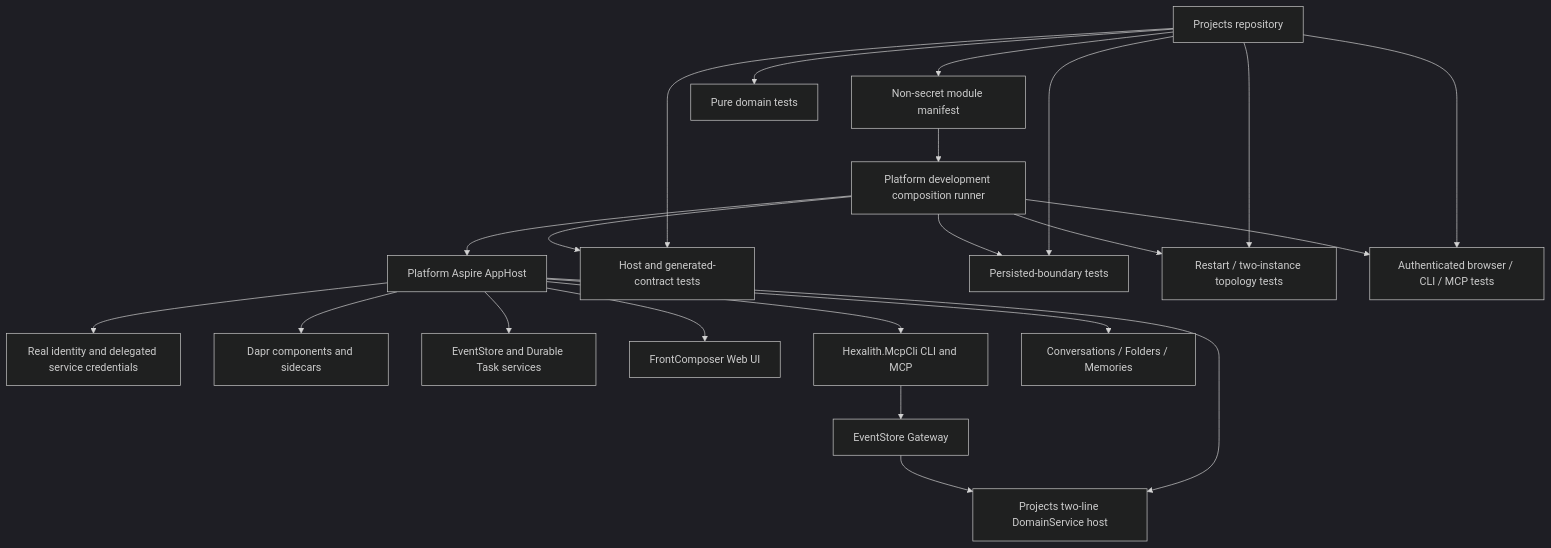
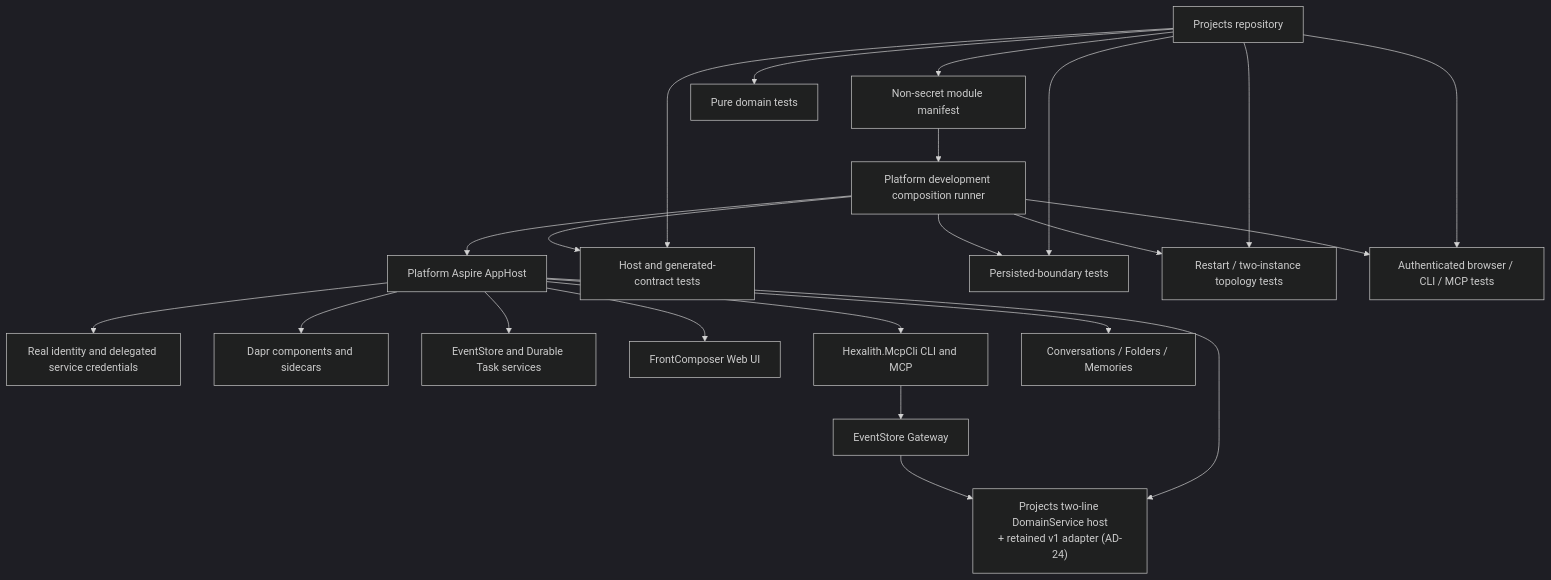
One commit to Hexalith/Hexalith.Projects changed the fourth of 4 diagrams in _bmad-output/planning-artifacts/architecture/architecture-projects-2026-07-15/ARCHITECTURE-SPINE.md. Above: the diagram before and after it, drawn with Mermaid (dark theme). The commit also changed other lines of this file and 26 other files, not shown here.

````diff
--- a/_bmad-output/planning-artifacts/architecture/architecture-projects-2026-07-15/ARCHITECTURE-SPINE.md
+++ b/_bmad-output/planning-artifacts/architecture/architecture-projects-2026-07-15/ARCHITECTURE-SPINE.md
@@ -518,27 +521,27 @@
 ```mermaid
 flowchart TB
     Repo["Projects repository"] --> Manifest["Non-secret module manifest"]
     Manifest --> Runner["Platform development composition runner"]
     Runner --> AppHost["Platform Aspire AppHost"]
 
     AppHost --> Identity["Real identity and delegated service credentials"]
     AppHost --> Dapr["Dapr components and sidecars"]
     AppHost --> EventStore["EventStore and Durable Task services"]
-    AppHost --> ProjectsHost["Projects two-line DomainService host"]
+    AppHost --> ProjectsHost["Projects two-line DomainService host<br/>+ retained v1 adapter (AD-24)"]
     AppHost --> FrontComposer["FrontComposer Web UI"]
     AppHost --> McpCli["Hexalith.McpCli CLI and MCP"]
     McpCli --> Gateway["EventStore Gateway"]
     Gateway --> ProjectsHost
     AppHost --> Siblings["Conversations / Folders / Memories"]
 
     Repo --> Pure["Pure domain tests"]
     Repo --> HostContract["Host and generated-contract tests"]
     Repo --> Persisted["Persisted-boundary tests"]
     Repo --> Distributed["Restart / two-instance topology tests"]
     Repo --> Authenticated["Authenticated browser / CLI / MCP tests"]
 
     Runner --> HostContract
     Runner --> Persisted
     Runner --> Distributed
     Runner --> Authenticated
 ```
````
